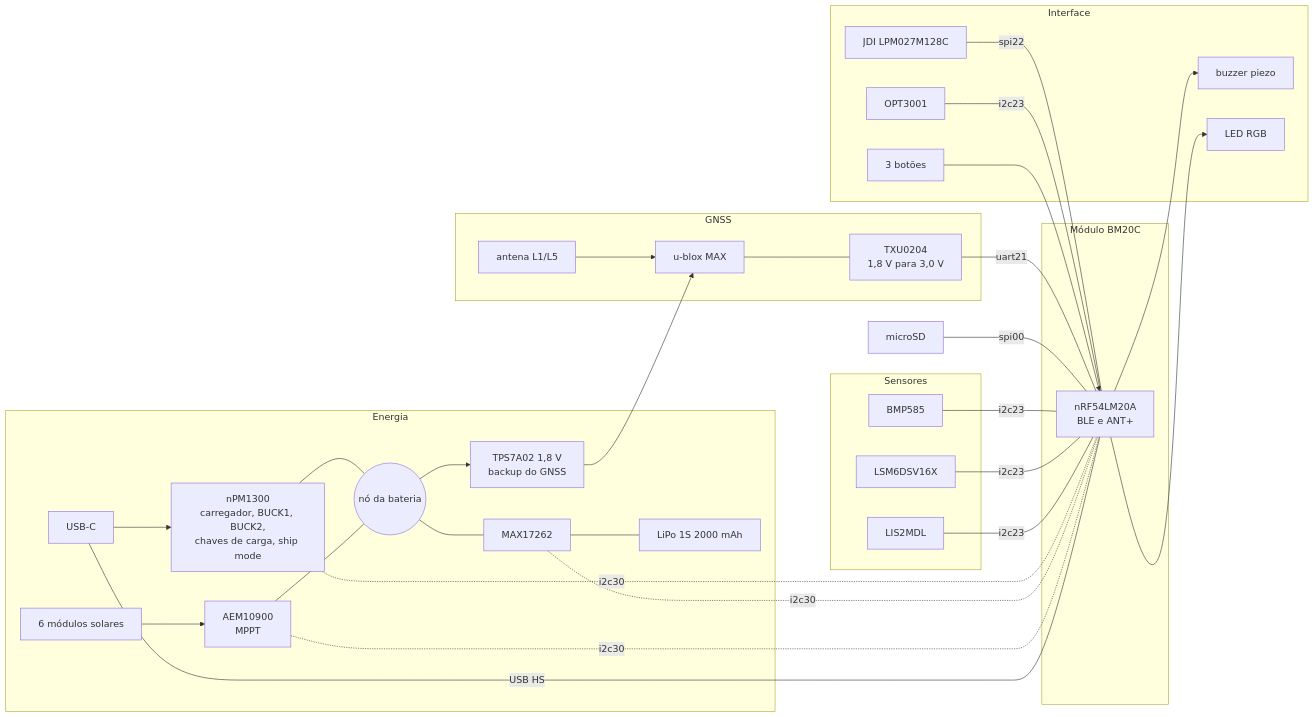
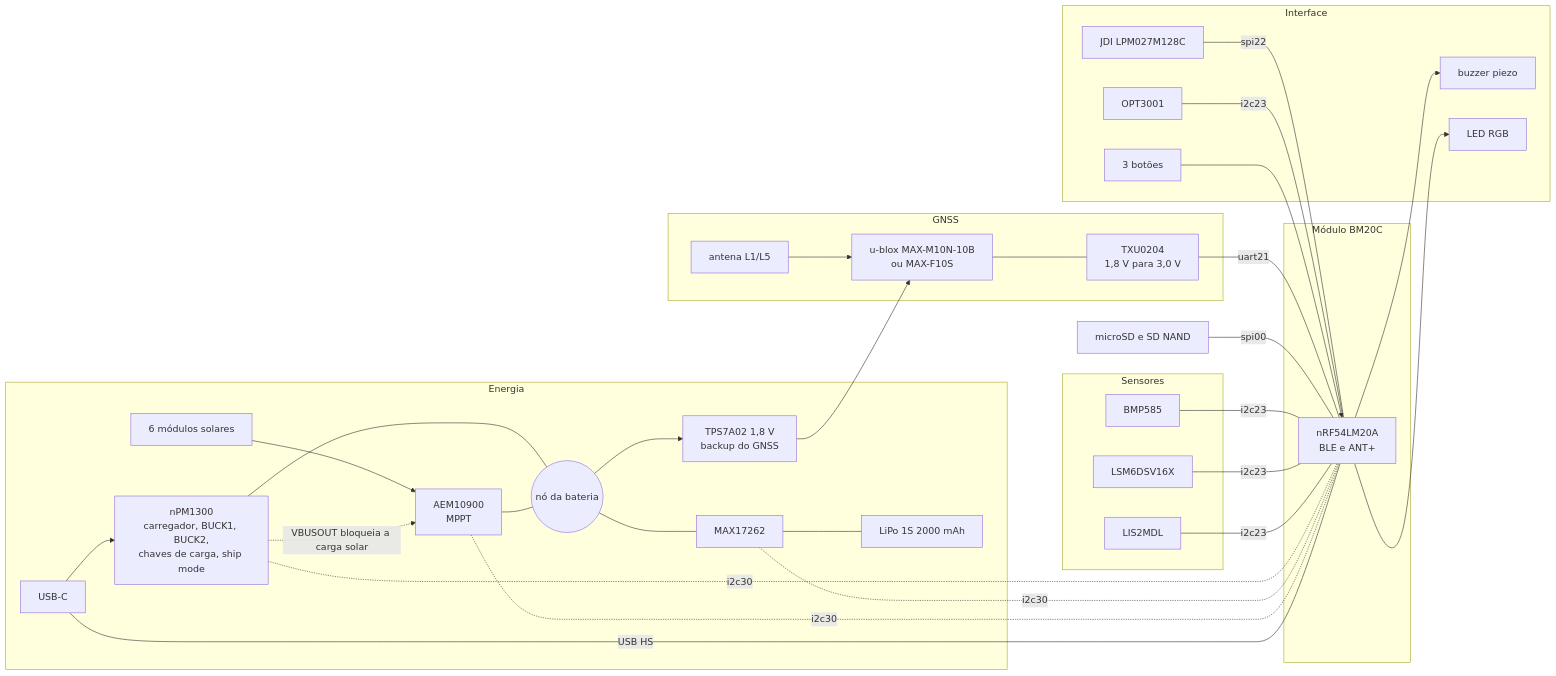
Before and after one commit to Guiimartinho/gnss-bike-computer: the first of 3 diagrams in docs/14-hardware-placa-nova.md, drawn with Mermaid. The commit also changed other lines of this file and 11 other files, not shown here.

````diff
--- a/docs/14-hardware-placa-nova.md
+++ b/docs/14-hardware-placa-nova.md
@@ -29,46 +29,47 @@
 ```mermaid
 flowchart LR
     subgraph PWR["Energia"]
         USBC["USB-C"] --> PMIC["nPM1300<br/>carregador, BUCK1, BUCK2,<br/>chaves de carga, ship mode"]
         PV["6 módulos solares"] --> HARV["AEM10900<br/>MPPT"]
         PMIC --- NODE(("nó da bateria"))
         HARV --- NODE
+        PMIC -.->|"VBUSOUT bloqueia a carga solar"| HARV
         NODE --- GAUGE["MAX17262"] --- CELL["LiPo 1S 2000 mAh"]
         NODE --> BCK["TPS7A02 1,8 V<br/>backup do GNSS"]
     end
     subgraph CORE["Módulo BM20C"]
         MCU["nRF54LM20A<br/>BLE e ANT+"]
     end
     subgraph GNSSB["GNSS"]
-        ANT["antena L1/L5"] --> GMOD["u-blox MAX"]
+        ANT["antena L1/L5"] --> GMOD["u-blox MAX-M10N-10B<br/>ou MAX-F10S"]
         GMOD --- XLAT["TXU0204<br/>1,8 V para 3,0 V"]
     end
     subgraph HMI["Interface"]
         LCD["JDI LPM027M128C"]
         KEYS["3 botões"]
         BUZ["buzzer piezo"]
         LED["LED RGB"]
         ALS["OPT3001"]
     end
     subgraph SENS["Sensores"]
         BARO["BMP585"]
         IMU["LSM6DSV16X"]
         MAG["LIS2MDL"]
     end
-    SD["microSD"]
+    SD["microSD e SD NAND"]
     XLAT ---|"uart21"| MCU
     LCD ---|"spi22"| MCU
     SD ---|"spi00"| MCU
     BARO ---|"i2c23"| MCU
     IMU ---|"i2c23"| MCU
     MAG ---|"i2c23"| MCU
     ALS ---|"i2c23"| MCU
     PMIC -.-|"i2c30"| MCU
     GAUGE -.-|"i2c30"| MCU
     HARV -.-|"i2c30"| MCU
     USBC ---|"USB HS"| MCU
     KEYS --> MCU
     MCU --> BUZ
     MCU --> LED
     BCK --> GMOD
 ```
````
